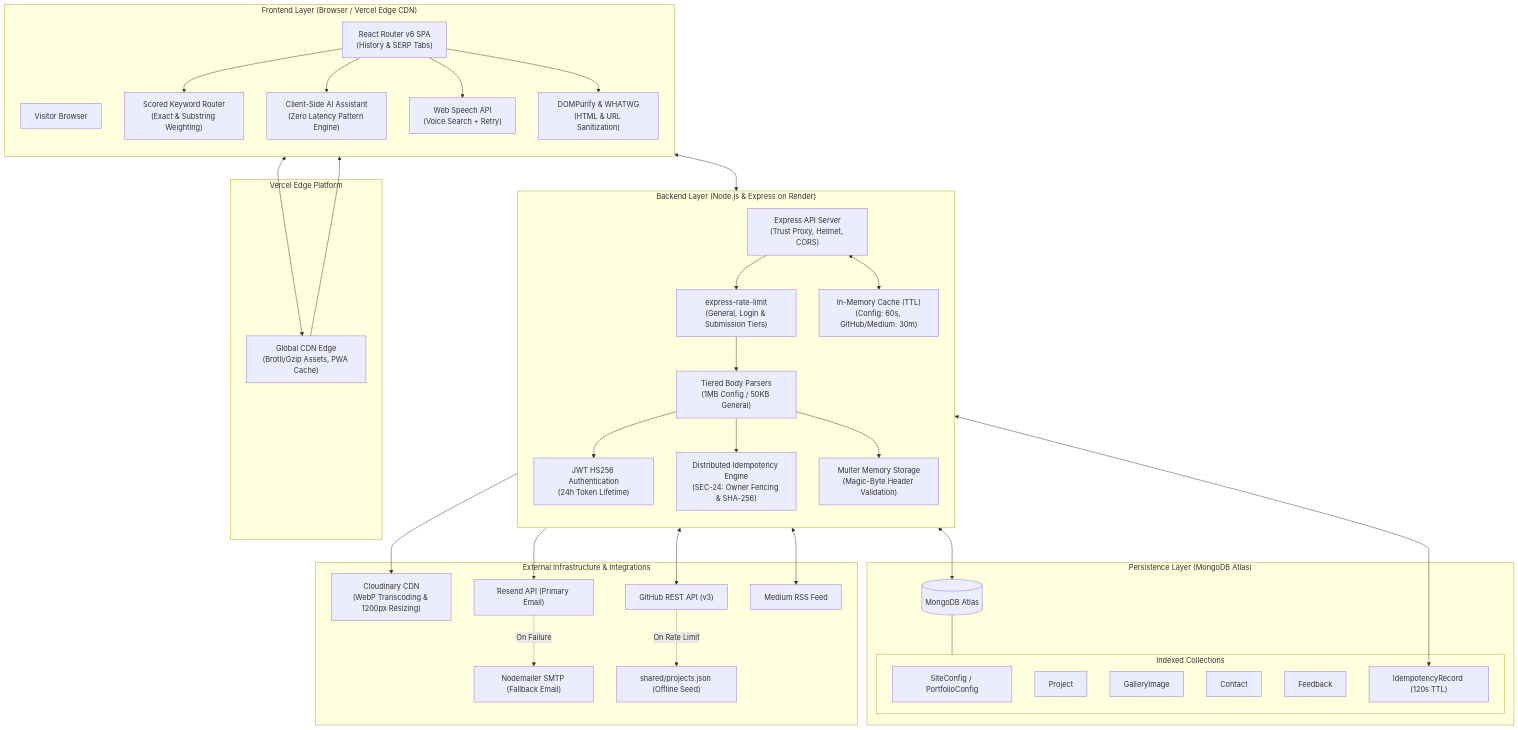
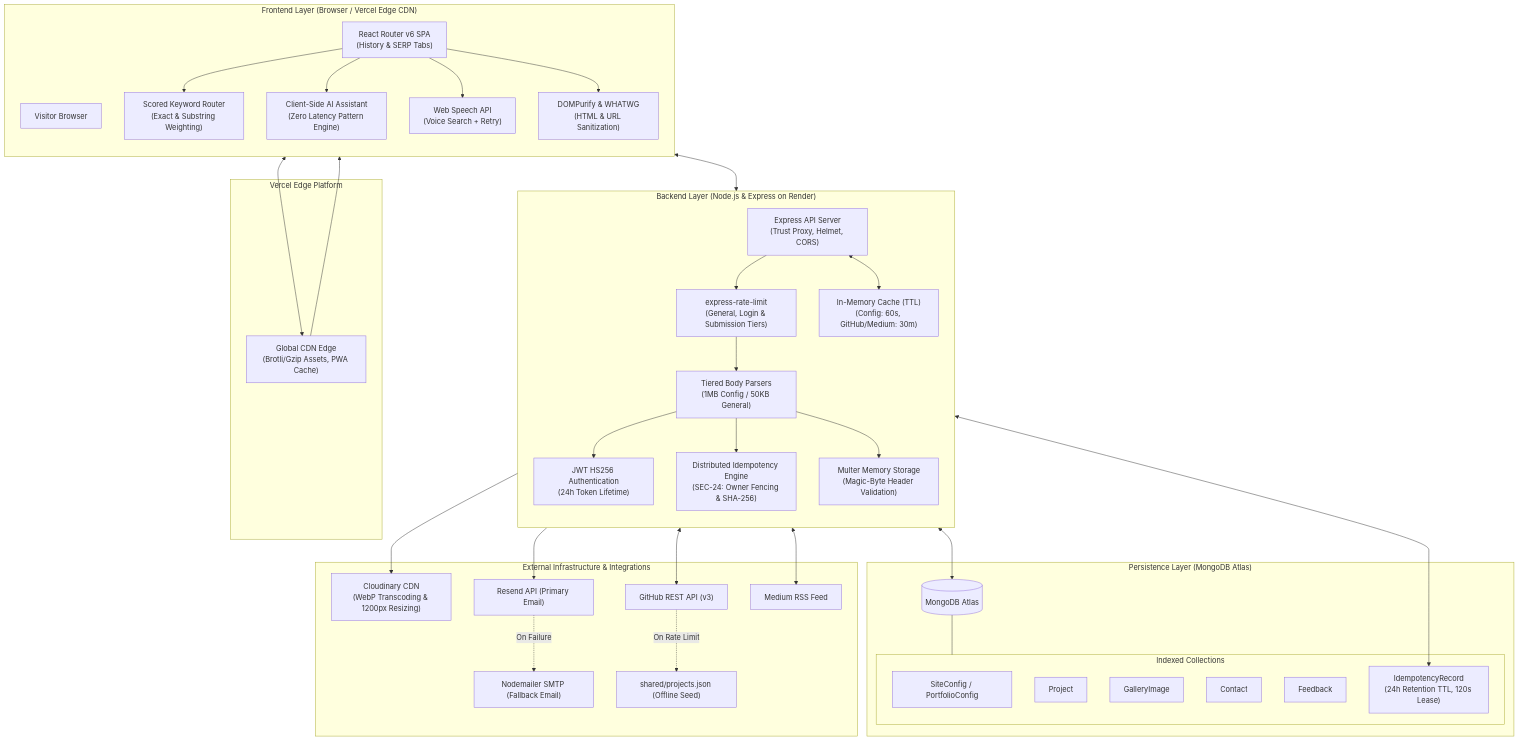
The diagram in docs/ARCHITECTURE.md (anurag-jaiswal-aj/googleMe), drawn with Mermaid before and after one commit. The commit also changed other lines of this file and 9 other files, not shown here.

````diff
--- a/docs/ARCHITECTURE.md
+++ b/docs/ARCHITECTURE.md
@@ -30,74 +30,74 @@
 ```mermaid
 flowchart TD
   subgraph ClientLayer["Frontend Layer (Browser / Vercel Edge CDN)"]
     direction TB
     Browser["Visitor Browser"]
     Router["React Router v6 SPA<br/>(History & SERP Tabs)"]
     SearchRouter["Scored Keyword Router<br/>(Exact & Substring Weighting)"]
     AIChat["Client-Side AI Assistant<br/>(Zero Latency Pattern Engine)"]
     VoiceEngine["Web Speech API<br/>(Voice Search + Retry)"]
     DOMSanitizer["DOMPurify & WHATWG<br/>(HTML & URL Sanitization)"]
   end
 
   subgraph EdgePlatform["Vercel Edge Platform"]
     VercelCDN["Global CDN Edge<br/>(Brotli/Gzip Assets, PWA Cache)"]
   end
 
   subgraph BackendLayer["Backend Layer (Node.js & Express on Render)"]
     direction TB
     ExpressApp["Express API Server<br/>(Trust Proxy, Helmet, CORS)"]
     RateLimiter["express-rate-limit<br/>(General, Login & Submission Tiers)"]
     BodyParsers["Tiered Body Parsers<br/>(1MB Config / 50KB General)"]
     AuthMW["JWT HS256 Authentication<br/>(24h Token Lifetime)"]
     IdempotencyEngine["Distributed Idempotency Engine<br/>(SEC-24: Owner Fencing & SHA-256)"]
     UploadMW["Multer Memory Storage<br/>(Magic-Byte Header Validation)"]
     CacheLayer["In-Memory Cache (TTL)<br/>(Config: 60s, GitHub/Medium: 30m)"]
   end
 
   subgraph DataLayer["Persistence Layer (MongoDB Atlas)"]
     MongoDB[("MongoDB Atlas")]
     subgraph Collections["Indexed Collections"]
       SiteConfigCol["SiteConfig / PortfolioConfig"]
       ProjectCol["Project"]
       GalleryCol["GalleryImage"]
       ContactCol["Contact"]
       FeedbackCol["Feedback"]
-      IdempotencyCol["IdempotencyRecord (120s TTL)"]
+      IdempotencyCol["IdempotencyRecord<br/>(24h Retention TTL, 120s Lease)"]
     end
   end
 
   subgraph ExternalServices["External Infrastructure & Integrations"]
     Cloudinary["Cloudinary CDN<br/>(WebP Transcoding & 1200px Resizing)"]
     Resend["Resend API (Primary Email)"]
     SMTP["Nodemailer SMTP (Fallback Email)"]
     GitHubAPI["GitHub REST API (v3)"]
     MediumRSS["Medium RSS Feed"]
     SharedFallback["shared/projects.json (Offline Seed)"]
   end
 
   Browser <--> VercelCDN
   VercelCDN --> Router
   Router --> SearchRouter
   Router --> AIChat
   Router --> VoiceEngine
   Router --> DOMSanitizer
 
   Browser <--> ExpressApp
   ExpressApp --> RateLimiter
   RateLimiter --> BodyParsers
   BodyParsers --> AuthMW
   BodyParsers --> IdempotencyEngine
   BodyParsers --> UploadMW
 
   ExpressApp <--> CacheLayer
   ExpressApp <--> MongoDB
   MongoDB --- Collections
 
   IdempotencyEngine <--> IdempotencyCol
   UploadMW --> Cloudinary
   ExpressApp --> Resend
   Resend -.->|On Failure| SMTP
   CacheLayer <--> GitHubAPI
   GitHubAPI -.->|On Rate Limit| SharedFallback
   CacheLayer <--> MediumRSS
 ```
````
